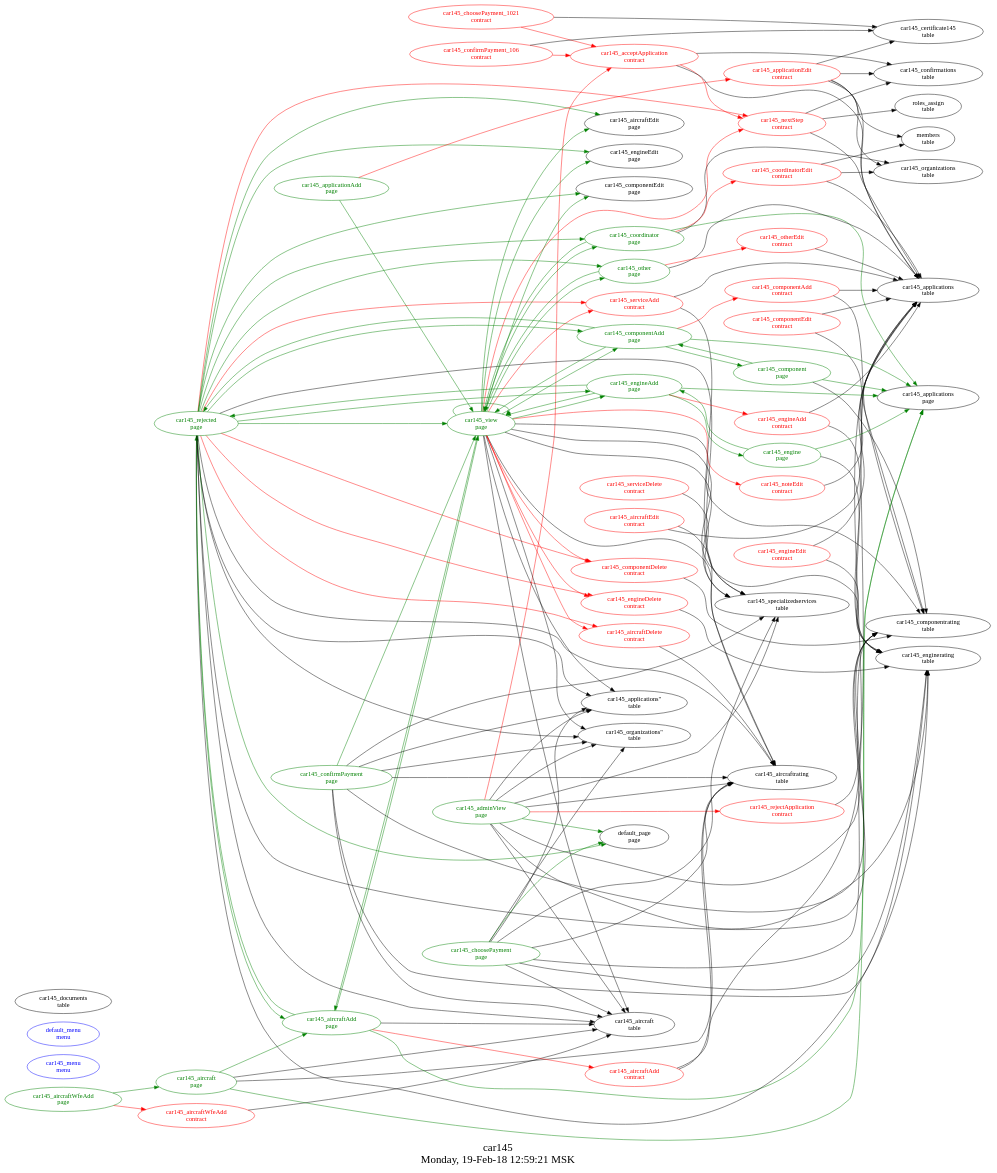
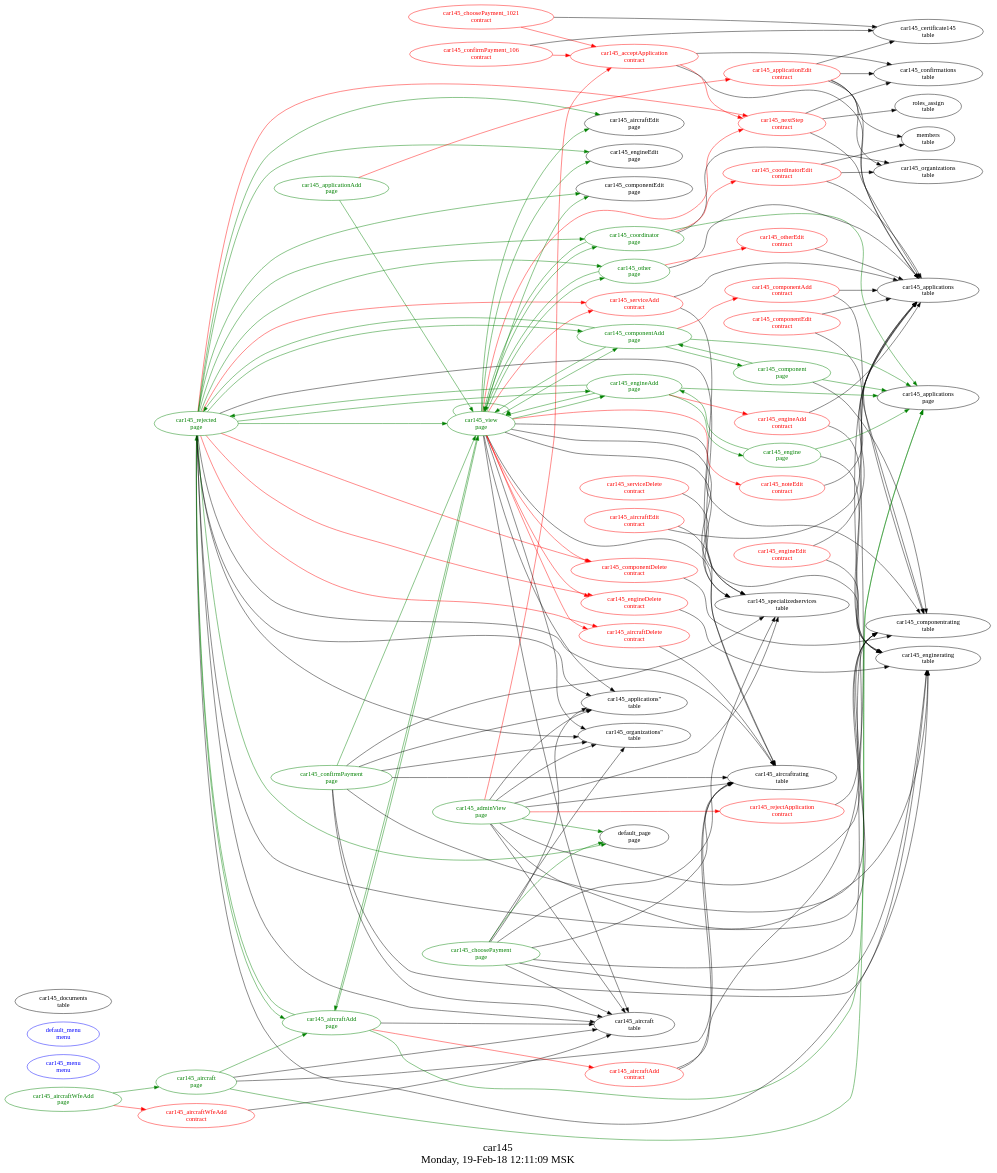
Before and after one commit to AplaProject/apps: the diagram in src/car145/struct.dot, drawn with Graphviz. The commit also changed 1 other file, not shown here.

```diff
--- a/src/car145/struct.dot
+++ b/src/car145/struct.dot
@@ -1,9 +1,7 @@
 digraph G {
-graph [
-  fontsize="24.0";
-  label="car145\nMonday, 19-Feb-18 12:59:21 MSK";
-  rankdir=LR;
-];
+fontsize="24.0";
+label="car145\nMonday, 19-Feb-18 12:11:09 MSK";
+rankdir=LR;
 "car145_acceptApplication\ncontract" -> "car145_nextStep\ncontract"  [ color=red ]
 "car145_acceptApplication\ncontract" -> "car145_confirmations\ntable"  [ color="" ]
 "car145_acceptApplication\ncontract" -> "car145_applications\ntable"  [ color="" ]
```
